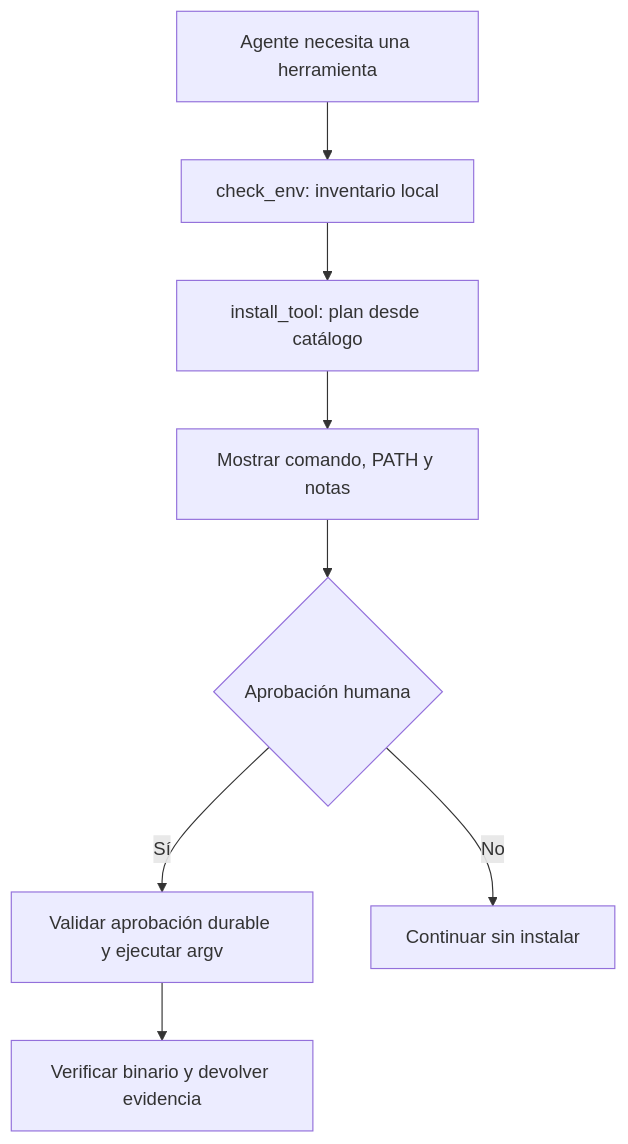
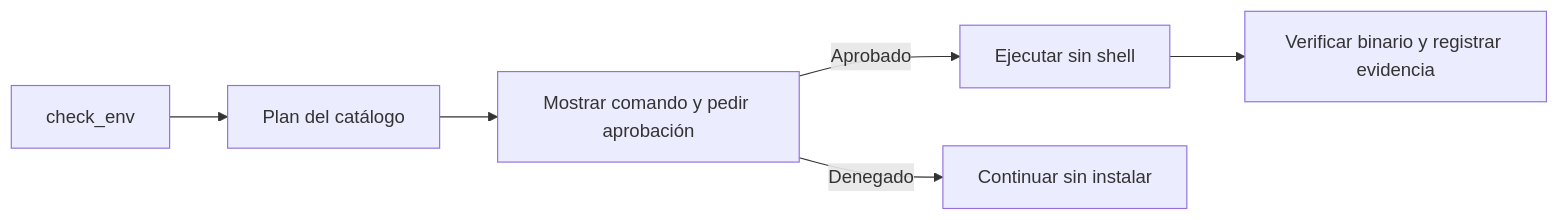
One commit to garyjr7/omni-agentcs changed the diagram in README.md. Above: the diagram before and after it, drawn with Mermaid. The commit also changed other lines of this file and 2 other files, not shown here.

````diff
--- a/README.md
+++ b/README.md
@@ -130,10 +102,8 @@
 ```mermaid
-flowchart TD
-    A[Agente necesita una herramienta] --> B[check_env: inventario local]
-    B --> C[install_tool: plan desde catálogo]
-    C --> D[Mostrar comando, PATH y notas]
-    D --> E{Aprobación humana}
-    E -->|Sí| F[Validar aprobación durable y ejecutar argv]
-    E -->|No| G[Continuar sin instalar]
-    F --> H[Verificar binario y devolver evidencia]
+flowchart LR
+    A[check_env] --> B[Plan del catálogo]
+    B --> C[Mostrar comando y pedir aprobación]
+    C -->|Aprobado| D[Ejecutar sin shell]
+    D --> E[Verificar binario y registrar evidencia]
+    C -->|Denegado| F[Continuar sin instalar]
 ```
````
